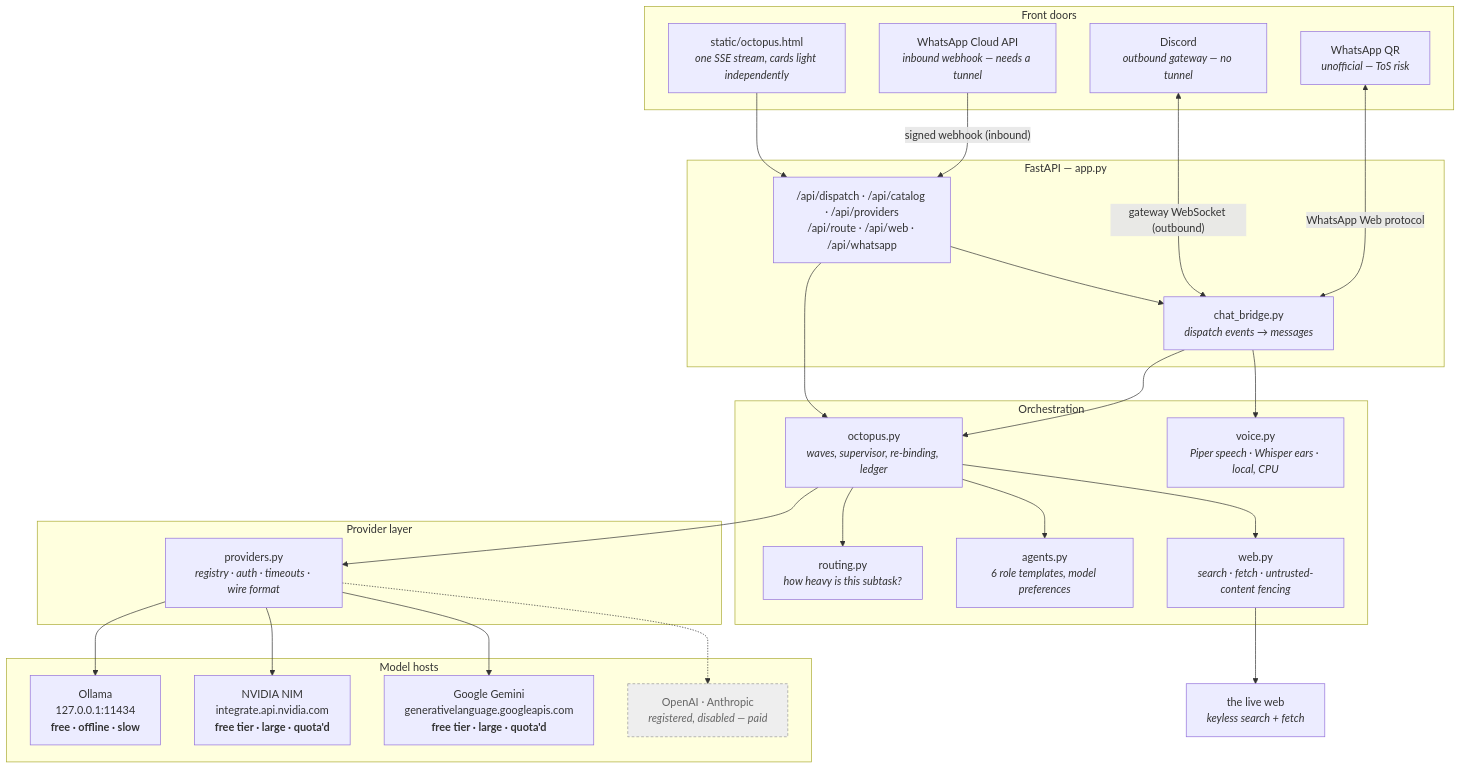
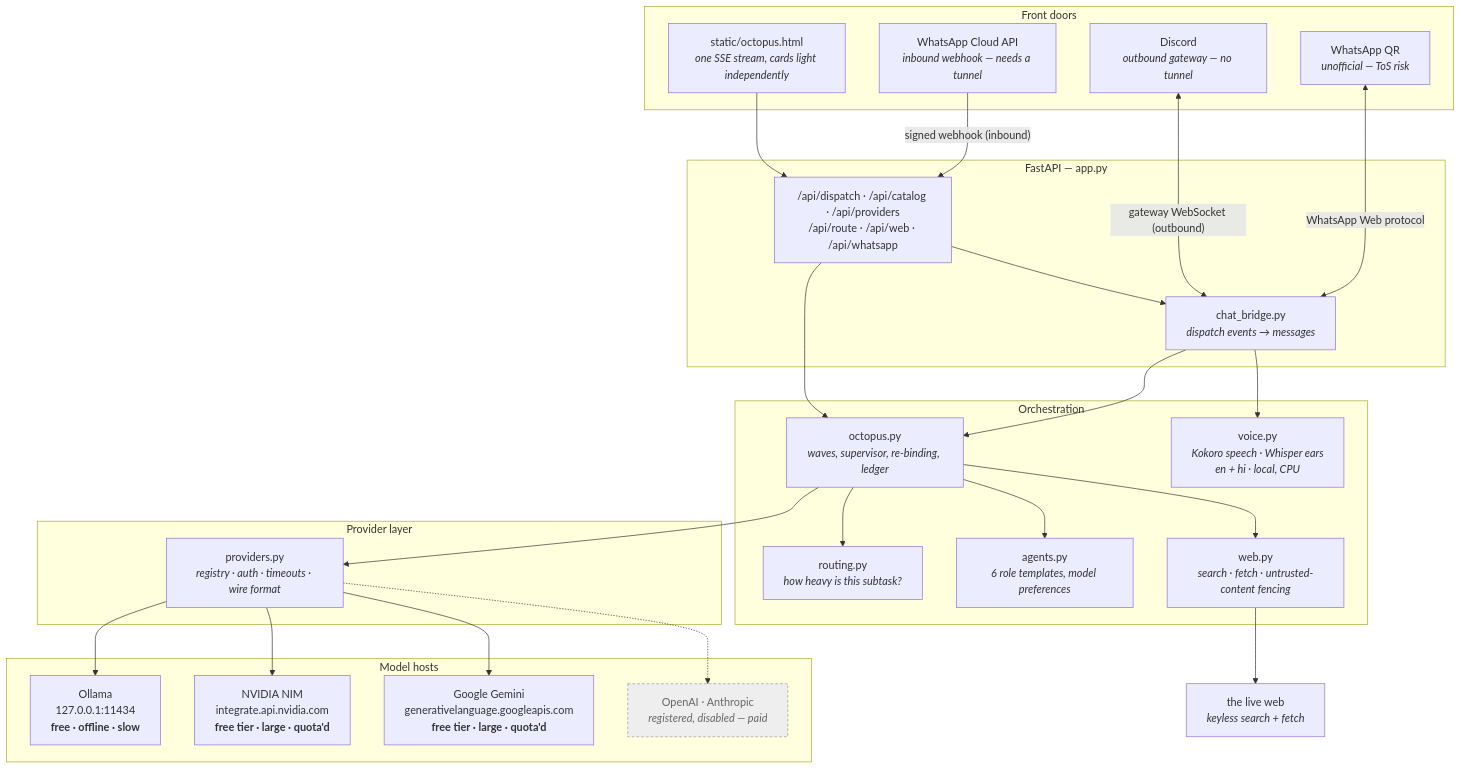
The first of 6 diagrams in docs/ARCHITECTURE.md (Bablu-singh/octopus-nim), drawn with Mermaid before and after one commit. The commit also changed other lines of this file and 5 other files, not shown here.

First line of the commit message:
Swap the robotic voice for Kokoro, and add Hindi both ways

````diff
--- a/docs/ARCHITECTURE.md
+++ b/docs/ARCHITECTURE.md
@@ -23,52 +23,52 @@
 ```mermaid
 flowchart TB
     subgraph clients["Front doors"]
         UI["static/octopus.html<br/><i>one SSE stream, cards light independently</i>"]
         DC["Discord<br/><i>outbound gateway — no tunnel</i>"]
         WA["WhatsApp Cloud API<br/><i>inbound webhook — needs a tunnel</i>"]
         WQ["WhatsApp QR<br/><i>unofficial — ToS risk</i>"]
     end
 
     subgraph server["FastAPI — app.py"]
         API["/api/dispatch · /api/catalog · /api/providers<br>/api/route · /api/web · /api/whatsapp"]
         BR["chat_bridge.py<br/><i>dispatch events → messages</i>"]
     end
 
     subgraph brain["Orchestration"]
         OCT["octopus.py<br/><i>waves, supervisor, re-binding, ledger</i>"]
         ROUTE["routing.py<br/><i>how heavy is this subtask?</i>"]
         AG["agents.py<br/><i>6 role templates, model preferences</i>"]
         WEB["web.py<br/><i>search · fetch · untrusted-content fencing</i>"]
-        VOX["voice.py<br/><i>Piper speech · Whisper ears · local, CPU</i>"]
+        VOX["voice.py<br/><i>Kokoro speech · Whisper ears<br/>en + hi · local, CPU</i>"]
     end
 
     subgraph transport["Provider layer"]
         PROV["providers.py<br/><i>registry · auth · timeouts · wire format</i>"]
     end
 
     subgraph outside["Model hosts"]
         LOCAL["Ollama<br/>127.0.0.1:11434<br/><b>free · offline · slow</b>"]
         NIM["NVIDIA NIM<br/>integrate.api.nvidia.com<br/><b>free tier · large · quota'd</b>"]
         GEM["Google Gemini<br/>generativelanguage.googleapis.com<br/><b>free tier · large · quota'd</b>"]
         FUTURE["OpenAI · Anthropic<br/><i>registered, disabled — paid</i>"]
     end
 
     UI --> API --> OCT
     WA -->|"signed webhook (inbound)"| API --> BR
     DC <-->|"gateway WebSocket (outbound)"| BR
     WQ <-->|"WhatsApp Web protocol"| BR
     BR --> OCT
     OCT --> ROUTE
     OCT --> AG
     OCT --> WEB
     BR --> VOX
     OCT --> PROV
     WEB --> INET["the live web<br/><i>keyless search + fetch</i>"]
     PROV --> LOCAL
     PROV --> NIM
     PROV --> GEM
     PROV -.-> FUTURE
 
     classDef off fill:#eee,stroke:#999,color:#666,stroke-dasharray:4 3
     class FUTURE off
 ```
````
